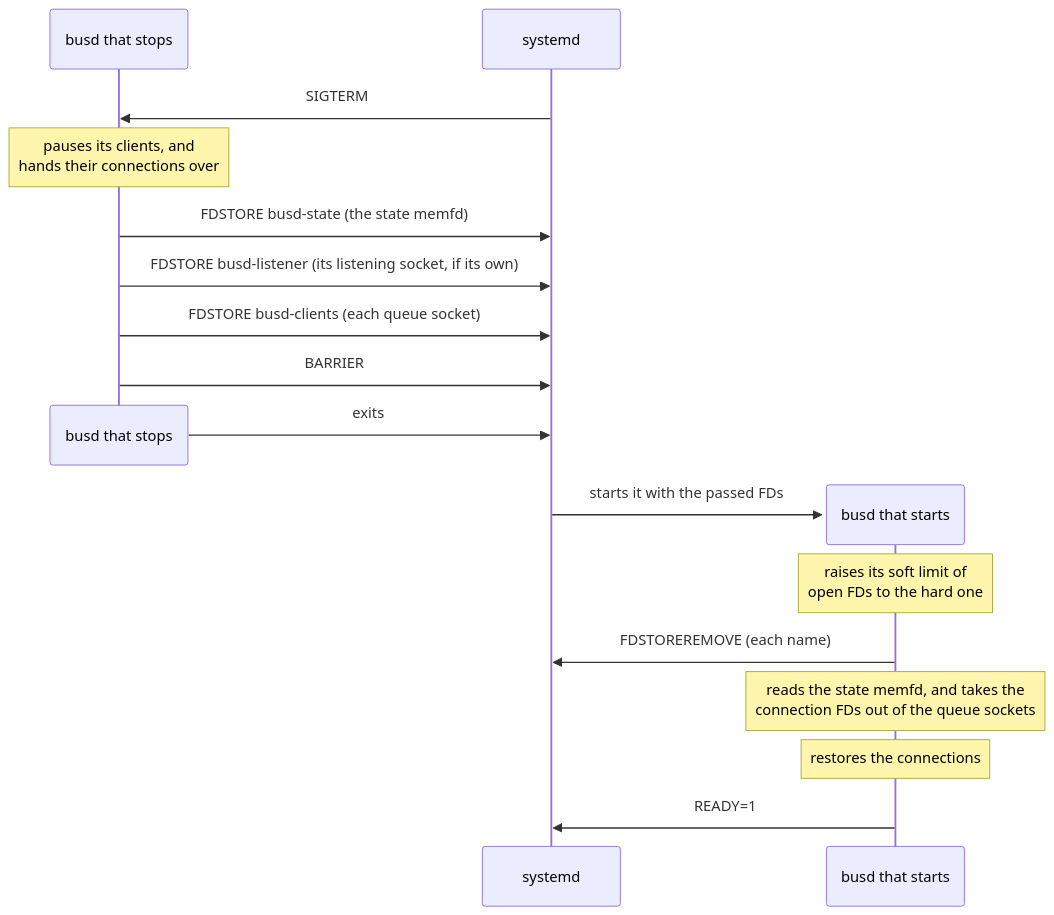
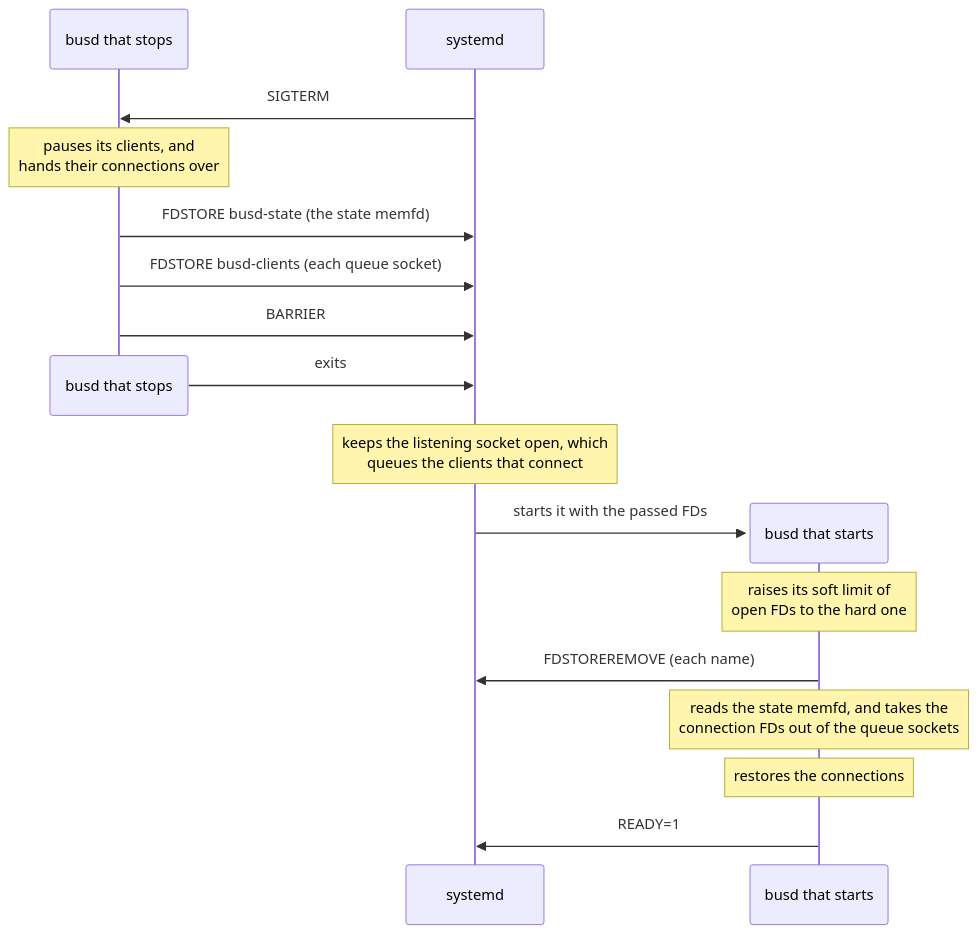
One commit to z-galaxy/busd changed the diagram in src/bus/systemd/restart.mmd. Above: the diagram before and after it, drawn with Mermaid. The commit also changed 5 other files, not shown here.

```diff
--- a/src/bus/systemd/restart.mmd
+++ b/src/bus/systemd/restart.mmd
@@ -1,18 +1,18 @@
 sequenceDiagram
     participant old as busd that stops
     participant systemd
     systemd->>old: SIGTERM
     Note over old: pauses its clients, and<br/>hands their connections over
     old->>systemd: FDSTORE busd-state (the state memfd)
-    old->>systemd: FDSTORE busd-listener (its listening socket, if its own)
     old->>systemd: FDSTORE busd-clients (each queue socket)
     old->>systemd: BARRIER
     destroy old
     old->>systemd: exits
+    Note over systemd: keeps the listening socket open, which<br/>queues the clients that connect
     create participant new as busd that starts
     systemd->>new: starts it with the passed FDs
     Note over new: raises its soft limit of<br/>open FDs to the hard one
     new->>systemd: FDSTOREREMOVE (each name)
     Note over new: reads the state memfd, and takes the<br/>connection FDs out of the queue sockets
     Note over new: restores the connections
     new->>systemd: READY=1
```
